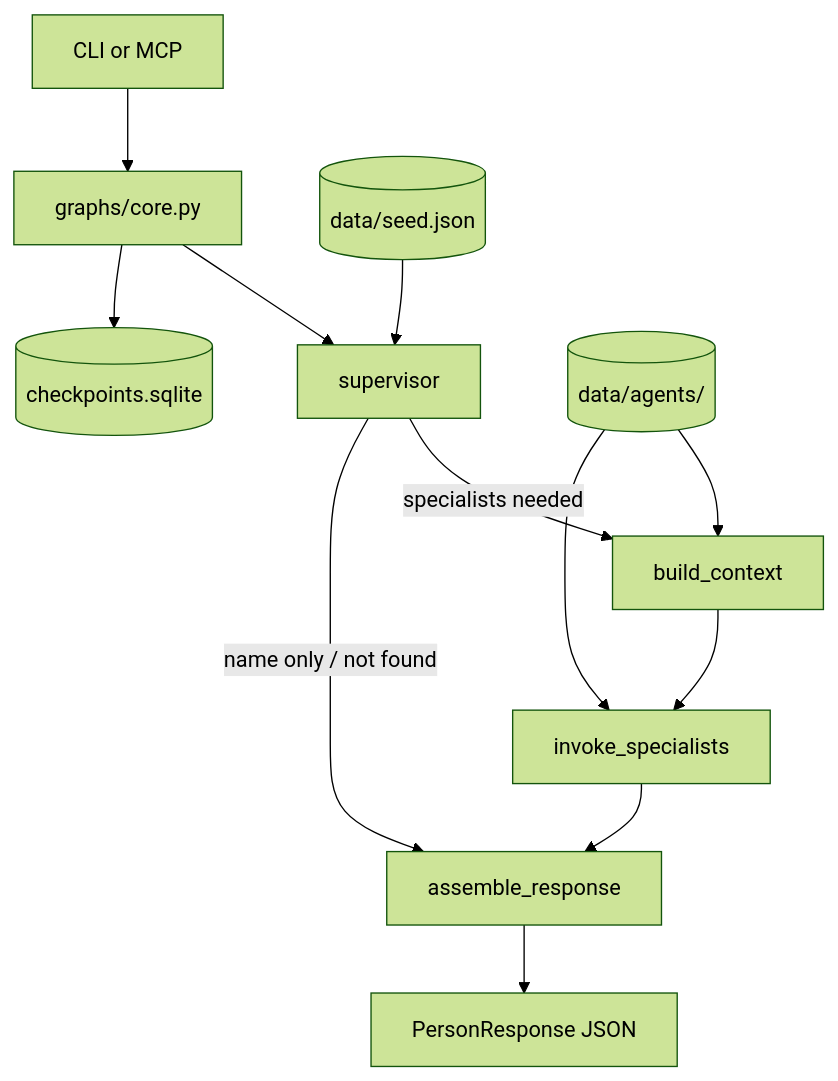
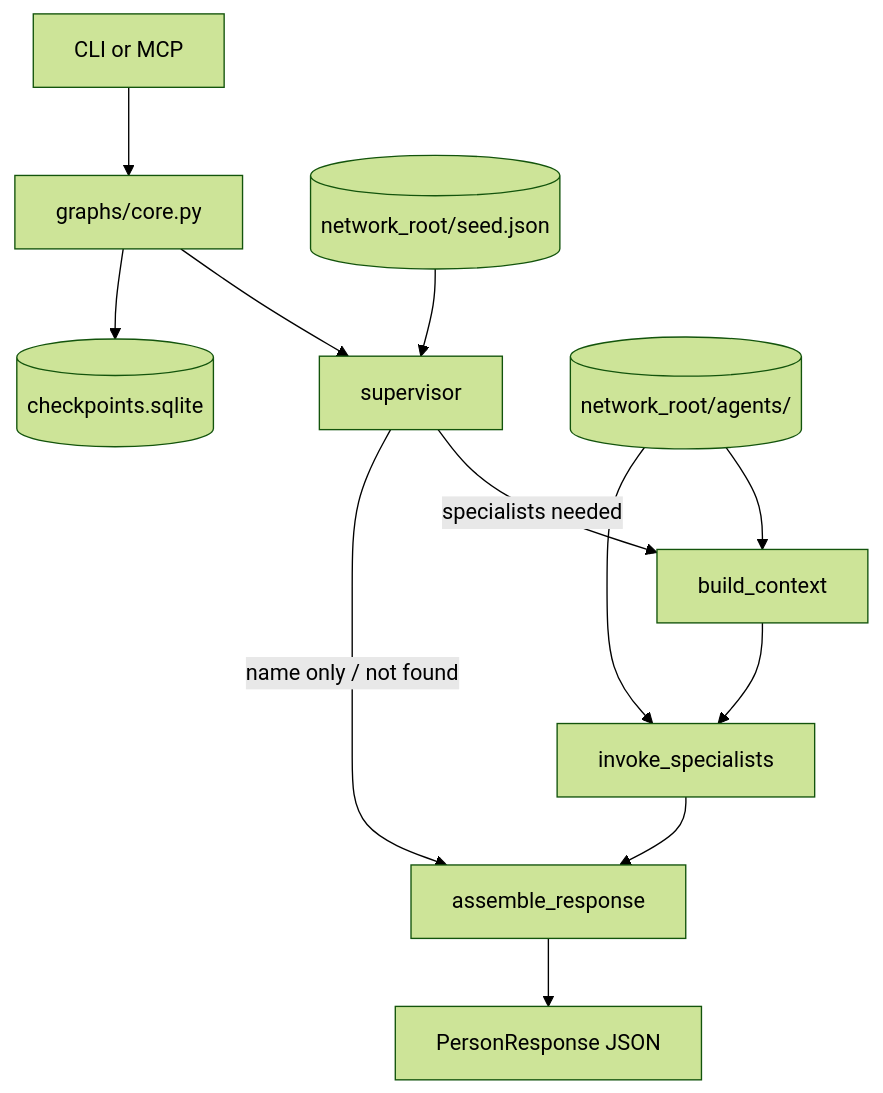
One commit to myceliumdata/mycelium changed the diagram in README.md. Above: the diagram before and after it, drawn with Mermaid (forest theme). The commit also changed other lines of this file and 73 other files, not shown here.

````diff
--- a/README.md
+++ b/README.md
@@ -138,14 +200,14 @@
 ```mermaid
 flowchart TD
     Client[CLI or MCP] --> Graph[graphs/core.py]
     Graph --> S[supervisor]
     S -->|specialists needed| BC[build_context]
     BC --> INV[invoke_specialists]
     INV --> ASM[assemble_response]
     S -->|name only / not found| ASM
     ASM --> RES[PersonResponse JSON]
     Graph --> CP[(checkpoints.sqlite)]
-    Seed[(data/seed.json)] --> S
-    Store[(data/agents/)] --> BC
+    Seed[(network_root/seed.json)] --> S
+    Store[(network_root/agents/)] --> BC
     Store --> INV
 ```
````
